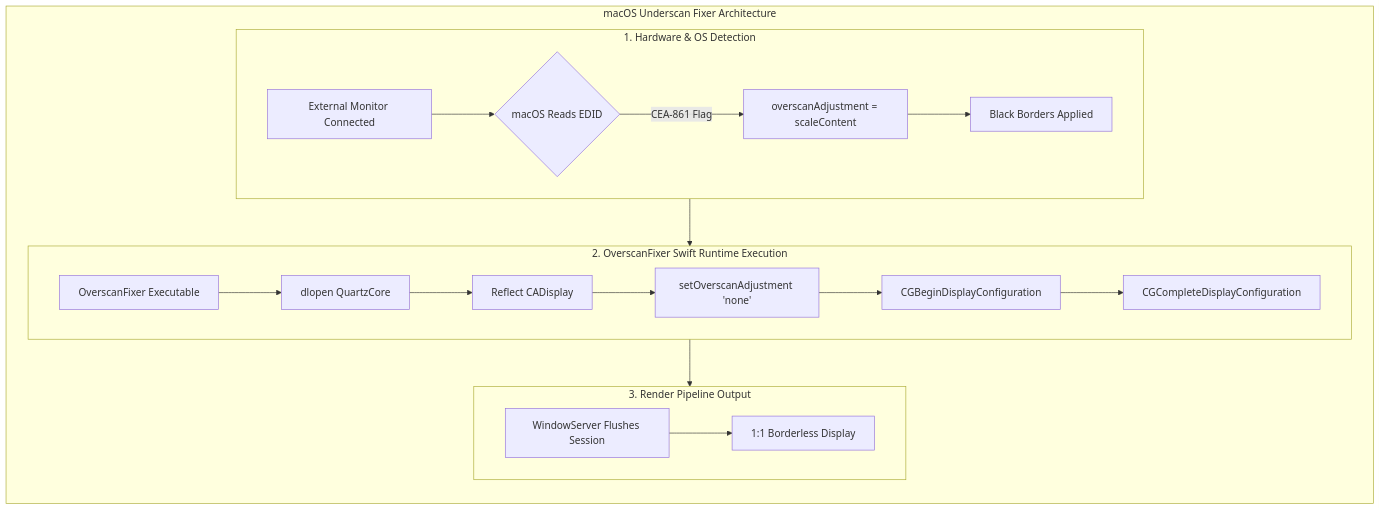
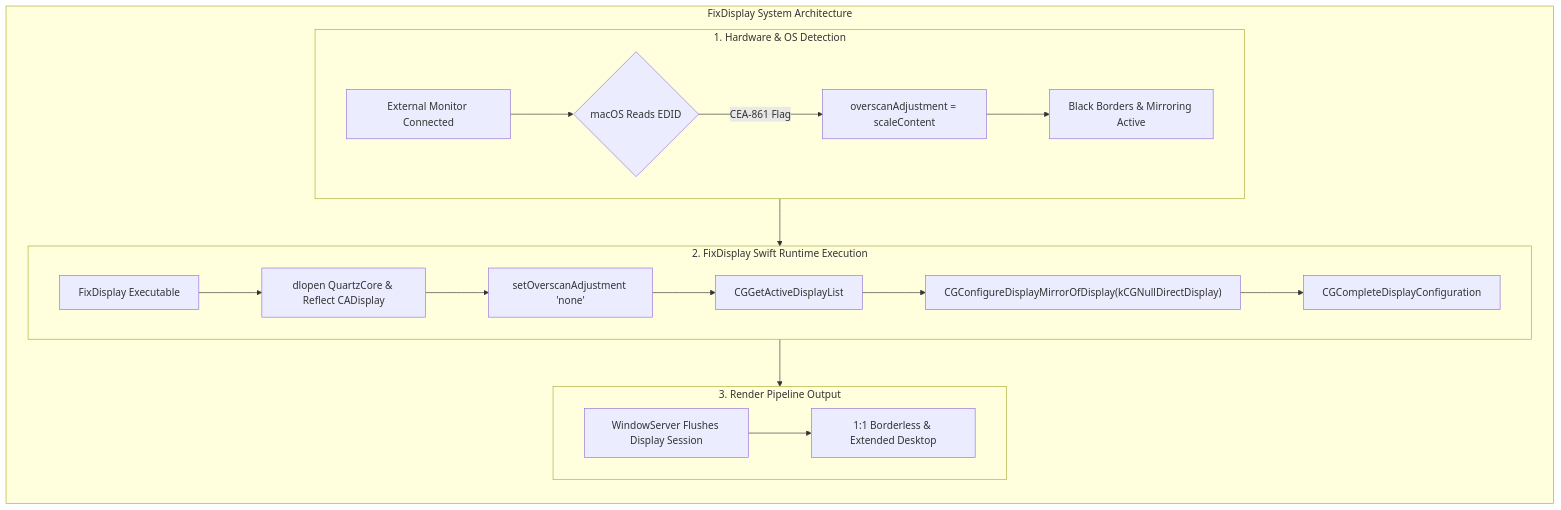
The first of 2 diagrams in ReadMe.md (403access/macos-underscan), drawn with Mermaid before and after one commit. The commit also changed other lines of this file and 4 other files, not shown here.

````diff
--- a/ReadMe.md
+++ b/ReadMe.md
@@ -31,30 +31,30 @@
 ```mermaid
 flowchart TD
-    subgraph Main ["macOS Underscan Fixer Architecture"]
+    subgraph Main ["FixDisplay System Architecture"]
         direction TD
         
         subgraph Hardware_Layer ["1. Hardware & OS Detection"]
             direction LR
             A["External Monitor Connected"] --> B{"macOS Reads EDID"}
             B -->|CEA-861 Flag| C["overscanAdjustment = scaleContent"]
-            C --> D["Black Borders Applied"]
+            C --> D["Black Borders & Mirroring Active"]
         end
 
-        subgraph Fix_Pipeline ["2. OverscanFixer Swift Runtime Execution"]
+        subgraph Fix_Pipeline ["2. FixDisplay Swift Runtime Execution"]
             direction LR
-            E["OverscanFixer Executable"] --> F["dlopen QuartzCore"]
-            F --> G["Reflect CADisplay"]
-            G --> H["setOverscanAdjustment 'none'"]
-            H --> I["CGBeginDisplayConfiguration"]
+            E["FixDisplay Executable"] --> F["dlopen QuartzCore & Reflect CADisplay"]
+            F --> G["setOverscanAdjustment 'none'"]
+            G --> H["CGGetActiveDisplayList"]
+            H --> I["CGConfigureDisplayMirrorOfDisplay(kCGNullDirectDisplay)"]
             I --> J["CGCompleteDisplayConfiguration"]
         end
 
         subgraph Output_Layer ["3. Render Pipeline Output"]
             direction LR
-            K["WindowServer Flushes Session"] --> L["1:1 Borderless Display"]
+            K["WindowServer Flushes Display Session"] --> L["1:1 Borderless & Extended Desktop"]
         end
 
         Hardware_Layer --> Fix_Pipeline
         Fix_Pipeline --> Output_Layer
     end
 ```
````
